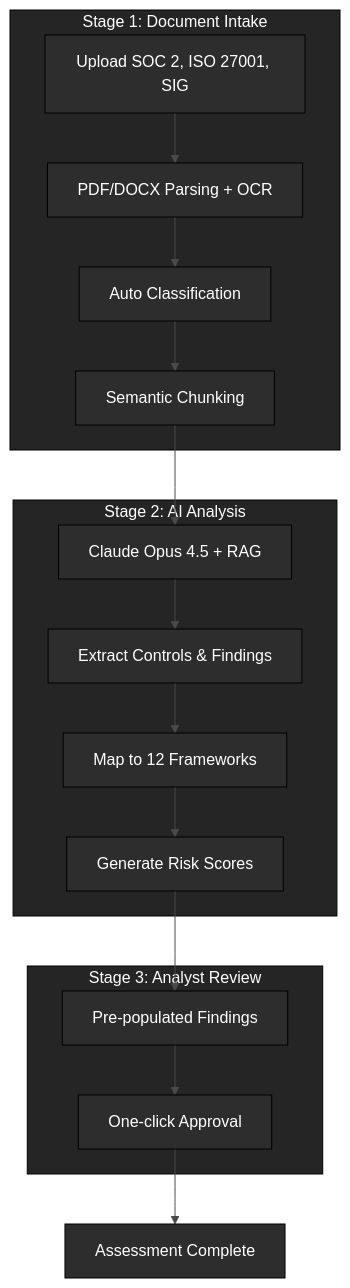
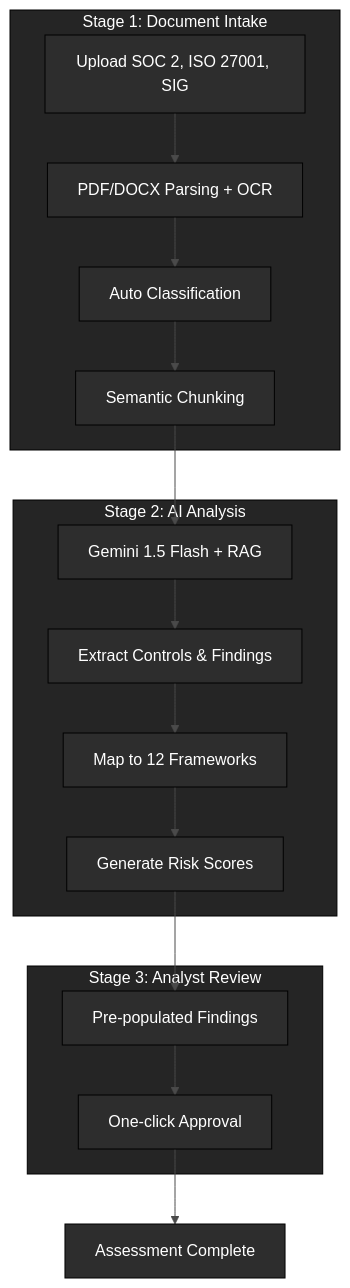
The first of 8 diagrams in README.md (akash-s-halalli/VendorAuditAI), drawn with Mermaid before and after one commit. The commit also changed other lines of this file and 12 other files, not shown here.

First line of the commit message:
MIGRATION: Complete Anthropic Claude to Google Gemini migration

````diff
--- a/README.md
+++ b/README.md
@@ -265,27 +265,27 @@
 ```mermaid
 %%{init: {'theme': 'base', 'themeVariables': { 'primaryColor': '#2d2d2d', 'primaryTextColor': '#ffffff', 'primaryBorderColor': '#000000', 'lineColor': '#4a4a4a', 'secondaryColor': '#3a3a3a', 'tertiaryColor': '#1a1a1a', 'background': '#1a1a1a', 'mainBkg': '#2d2d2d', 'nodeBorder': '#000000', 'clusterBkg': '#252525', 'clusterBorder': '#000000', 'titleColor': '#ffffff', 'edgeLabelBackground': '#2d2d2d'}}}%%
 flowchart TD
     subgraph Stage1["Stage 1: Document Intake"]
         A[Upload SOC 2, ISO 27001, SIG] --> B[PDF/DOCX Parsing + OCR]
         B --> C[Auto Classification]
         C --> D[Semantic Chunking]
     end
 
     subgraph Stage2["Stage 2: AI Analysis"]
-        E[Claude Opus 4.5 + RAG]
+        E[Gemini 1.5 Flash + RAG]
         F[Extract Controls & Findings]
         G[Map to 12 Frameworks]
         H[Generate Risk Scores]
         E --> F --> G --> H
     end
 
     subgraph Stage3["Stage 3: Analyst Review"]
         I[Pre-populated Findings]
         J[One-click Approval]
         I --> J
     end
 
     D --> E
     H --> I
     J --> K[Assessment Complete]
 ```
````
